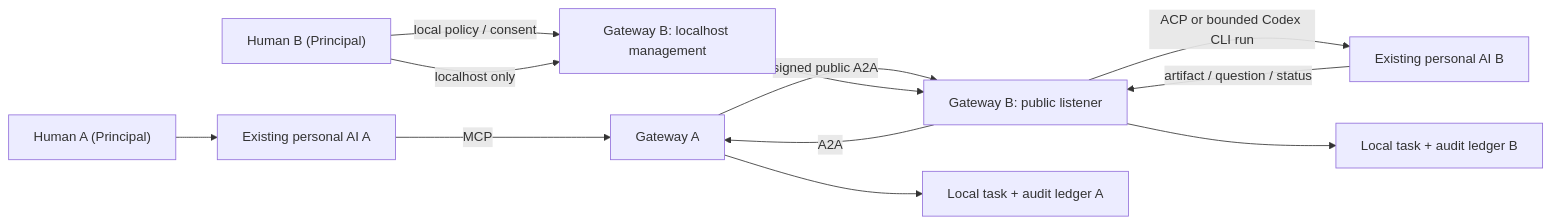
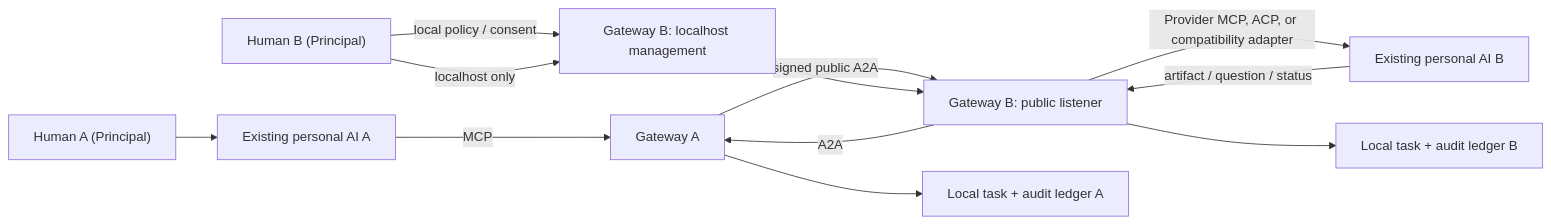
One commit to cjy4979/JustAskMyAI changed the diagram in docs/architecture.md. Above: the diagram before and after it, drawn with Mermaid. The commit also changed other lines of this file and 21 other files, not shown here.

````diff
--- a/docs/architecture.md
+++ b/docs/architecture.md
@@ -33,14 +37,14 @@
 ```mermaid
 flowchart LR
   HA["Human A (Principal)"] --> AA["Existing personal AI A"]
   AA -->|"MCP"| GA["Gateway A"]
   GA -->|"signed public A2A"| GBP["Gateway B: public listener"]
   GBM["Gateway B: localhost management"] --> GBP
   HB["Human B (Principal)"] -->|"local policy / consent"| GBM
   HB -->|"localhost only"| GBM
-  GBP -->|"ACP or bounded Codex CLI run"| AB["Existing personal AI B"]
+  GBP -->|"Provider MCP, ACP, or compatibility adapter"| AB["Existing personal AI B"]
   AB -->|"artifact / question / status"| GBP
   GBP -->|"A2A"| GA
   GA --> LA["Local task + audit ledger A"]
   GBP --> LB["Local task + audit ledger B"]
 ```
````
